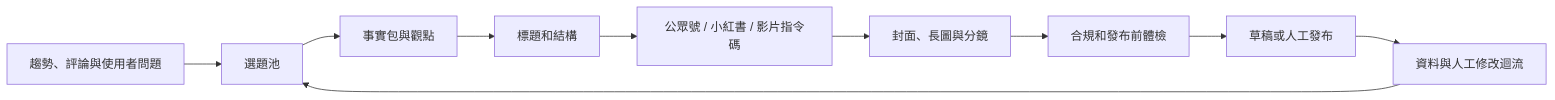
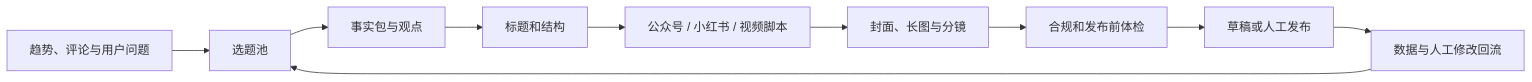
One commit to the-beating-light-of-the-nail/ai-tools-guide-site changed the diagram in docs/zh-tw/workbuddy/case-self-media/index.md. Above: the diagram before and after it, drawn with Mermaid. The commit also changed other lines of this file and 136 other files, not shown here.

````diff
--- a/docs/zh-tw/workbuddy/case-self-media/index.md
+++ b/docs/zh-tw/workbuddy/case-self-media/index.md
@@ -9,12 +13,12 @@
 ```mermaid
 flowchart LR
-    A[趨勢、評論與使用者問題] --> B[選題池]
-    B --> C[事實包與觀點]
-    C --> D[標題和結構]
-    D --> E[公眾號 / 小紅書 / 影片指令碼]
-    E --> F[封面、長圖與分鏡]
-    F --> G[合規和發布前體檢]
-    G --> H[草稿或人工發布]
-    H --> I[資料與人工修改迴流]
+    A[趋势、评论与用户问题] --> B[选题池]
+    B --> C[事实包与观点]
+    C --> D[标题和结构]
+    D --> E[公众号 / 小红书 / 视频脚本]
+    E --> F[封面、长图与分镜]
+    F --> G[合规和发布前体检]
+    G --> H[草稿或人工发布]
+    H --> I[数据与人工修改回流]
     I --> B
 ```
````
